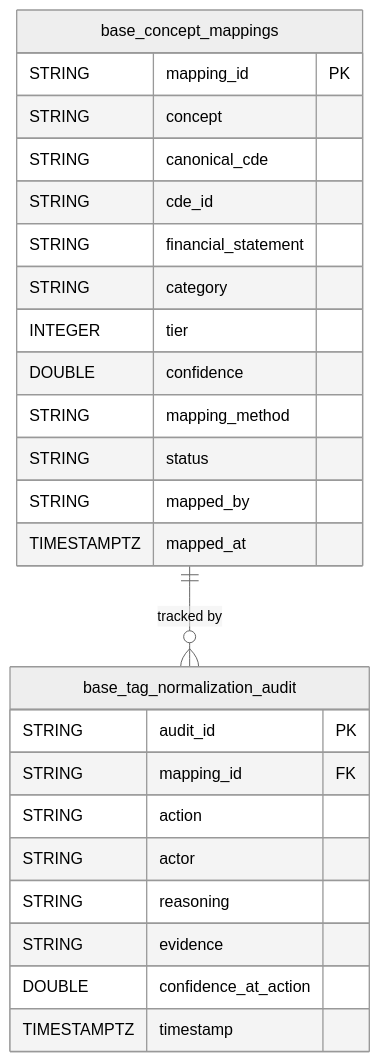
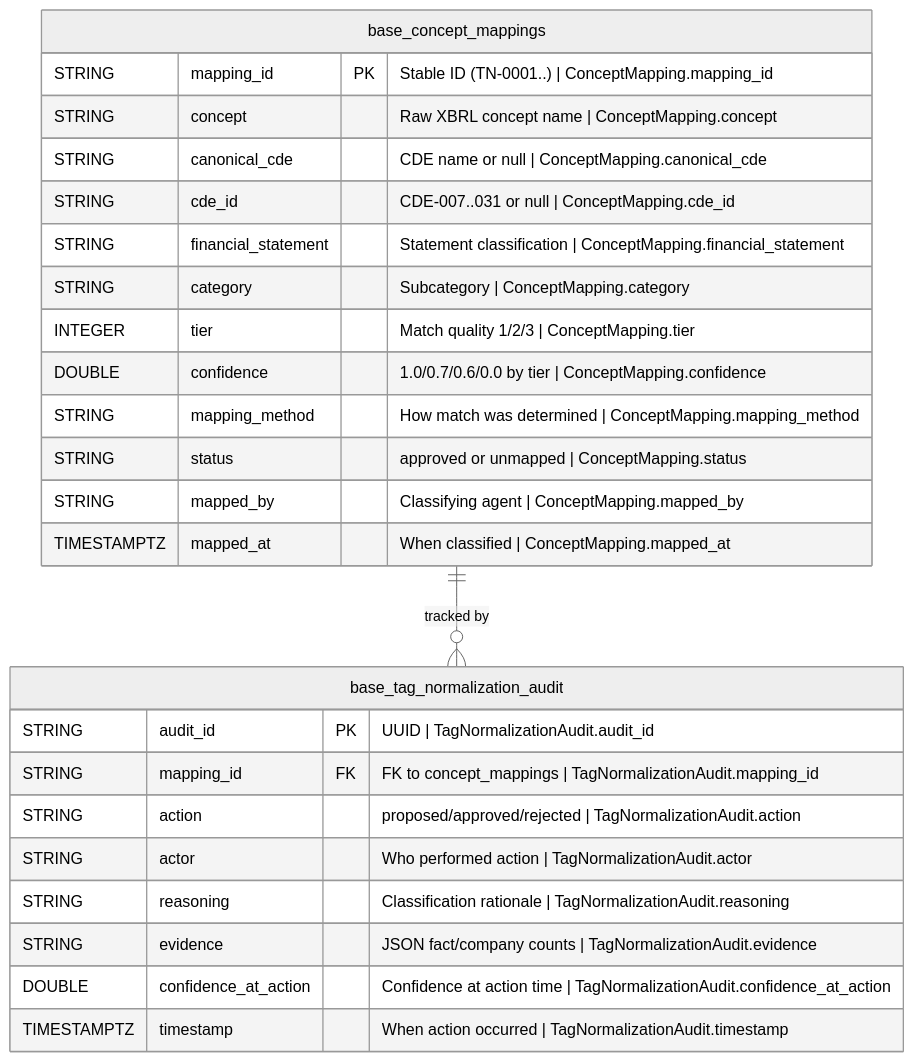
One commit to jcernauske/sec-edgair changed the diagram in governance/models/base-xbrl-tag-normalization-physical.md. Above: the diagram before and after it, drawn with Mermaid (neutral theme). The commit also changed 4 other files, not shown here.

First line of the commit message:
docs: add column descriptions and logical traceability to physical diagrams

````diff
--- a/governance/models/base-xbrl-tag-normalization-physical.md
+++ b/governance/models/base-xbrl-tag-normalization-physical.md
@@ -11,28 +11,28 @@
 ```mermaid
 erDiagram
     base_concept_mappings {
-        STRING mapping_id PK
-        STRING concept
-        STRING canonical_cde
-        STRING cde_id
-        STRING financial_statement
-        STRING category
-        INTEGER tier
-        DOUBLE confidence
-        STRING mapping_method
-        STRING status
-        STRING mapped_by
-        TIMESTAMPTZ mapped_at
+        STRING mapping_id PK "Stable ID (TN-0001..) | ConceptMapping.mapping_id"
+        STRING concept "Raw XBRL concept name | ConceptMapping.concept"
+        STRING canonical_cde "CDE name or null | ConceptMapping.canonical_cde"
+        STRING cde_id "CDE-007..031 or null | ConceptMapping.cde_id"
+        STRING financial_statement "Statement classification | ConceptMapping.financial_statement"
+        STRING category "Subcategory | ConceptMapping.category"
+        INTEGER tier "Match quality 1/2/3 | ConceptMapping.tier"
+        DOUBLE confidence "1.0/0.7/0.6/0.0 by tier | ConceptMapping.confidence"
+        STRING mapping_method "How match was determined | ConceptMapping.mapping_method"
+        STRING status "approved or unmapped | ConceptMapping.status"
+        STRING mapped_by "Classifying agent | ConceptMapping.mapped_by"
+        TIMESTAMPTZ mapped_at "When classified | ConceptMapping.mapped_at"
     }
     base_tag_normalization_audit {
-        STRING audit_id PK
-        STRING mapping_id FK
-        STRING action
-        STRING actor
-        STRING reasoning
-        STRING evidence
-        DOUBLE confidence_at_action
-        TIMESTAMPTZ timestamp
+        STRING audit_id PK "UUID | TagNormalizationAudit.audit_id"
+        STRING mapping_id FK "FK to concept_mappings | TagNormalizationAudit.mapping_id"
+        STRING action "proposed/approved/rejected | TagNormalizationAudit.action"
+        STRING actor "Who performed action | TagNormalizationAudit.actor"
+        STRING reasoning "Classification rationale | TagNormalizationAudit.reasoning"
+        STRING evidence "JSON fact/company counts | TagNormalizationAudit.evidence"
+        DOUBLE confidence_at_action "Confidence at action time | TagNormalizationAudit.confidence_at_action"
+        TIMESTAMPTZ timestamp "When action occurred | TagNormalizationAudit.timestamp"
     }
     base_concept_mappings ||--o{ base_tag_normalization_audit : "tracked by"
 ```
````
